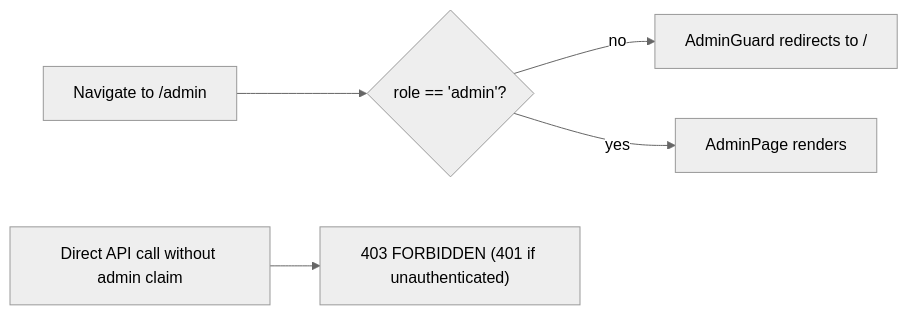
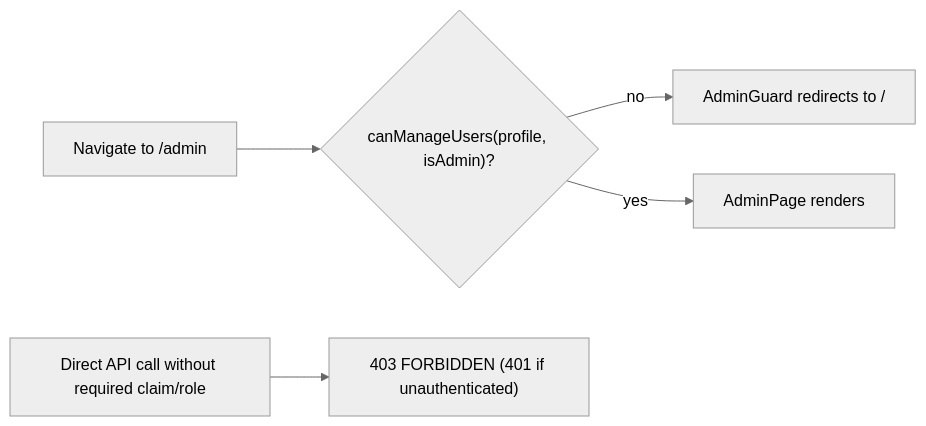
The fourth of 4 diagrams in docs/product/admin/user-journeys.md (sathittham/factory-sync-solutions), drawn with Mermaid (neutral theme) before and after one commit. The commit also changed other lines of this file and 15 other files, not shown here.

````diff
--- a/docs/product/admin/user-journeys.md
+++ b/docs/product/admin/user-journeys.md
@@ -74,7 +101,7 @@
 ```mermaid
 flowchart LR
-    A["Navigate to /admin"] --> B{"role == 'admin'?"}
+    A["Navigate to /admin"] --> B{"canManageUsers(profile, isAdmin)?"}
     B -->|no| C["AdminGuard redirects to /"]
     B -->|yes| D["AdminPage renders"]
-    E["Direct API call without admin claim"] --> F["403 FORBIDDEN (401 if unauthenticated)"]
+    E["Direct API call without required claim/role"] --> F["403 FORBIDDEN (401 if unauthenticated)"]
 ```
````
